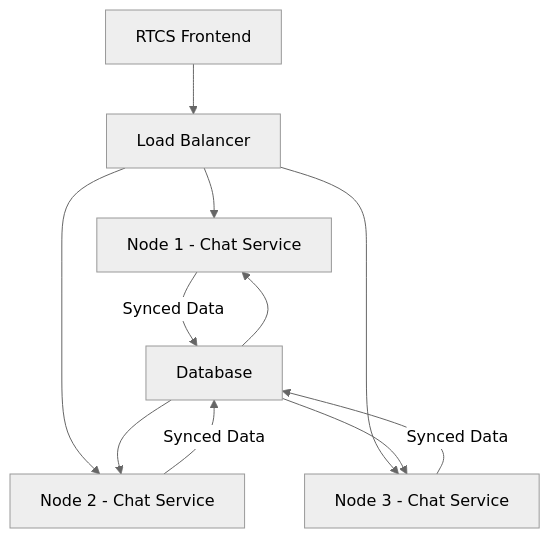
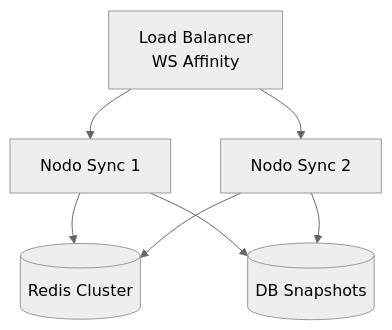
Before and after one commit to Joaquinriosheredia/DAM-Java-Mastery: the third of 4 diagrams in _Review/arquitectura_realtime_collaboration_systems/arquitectura_realtime_collaboration_systems.md, drawn with Mermaid (neutral theme). The commit also changed other lines of this file, not shown here.

````diff
--- a/_Review/arquitectura_realtime_collaboration_systems/arquitectura_realtime_collaboration_systems.md
+++ b/_Review/arquitectura_realtime_collaboration_systems/arquitectura_realtime_collaboration_systems.md
@@ -601,14 +265,9 @@
 ```mermaid
 graph TD
-    A[RTCS Frontend] --> B[Load Balancer]
-    B --> C[Node 1 - Chat Service]
-    B --> D[Node 2 - Chat Service]
-    B --> E[Node 3 - Chat Service]
-    F[Database] --> C
-    F --> D
-    F --> E
-
-    C -- Synced Data --> F
-    D -- Synced Data --> F
-    E -- Synced Data --> F
+    LB[Load Balancer<br/>WS Affinity] --> N1[Nodo Sync 1]
+    LB --> N2[Nodo Sync 2]
+    N1 --> R[(Redis Cluster)]
+    N2 --> R
+    N1 --> DB[(DB Snapshots)]
+    N2 --> DB
 ```
````
